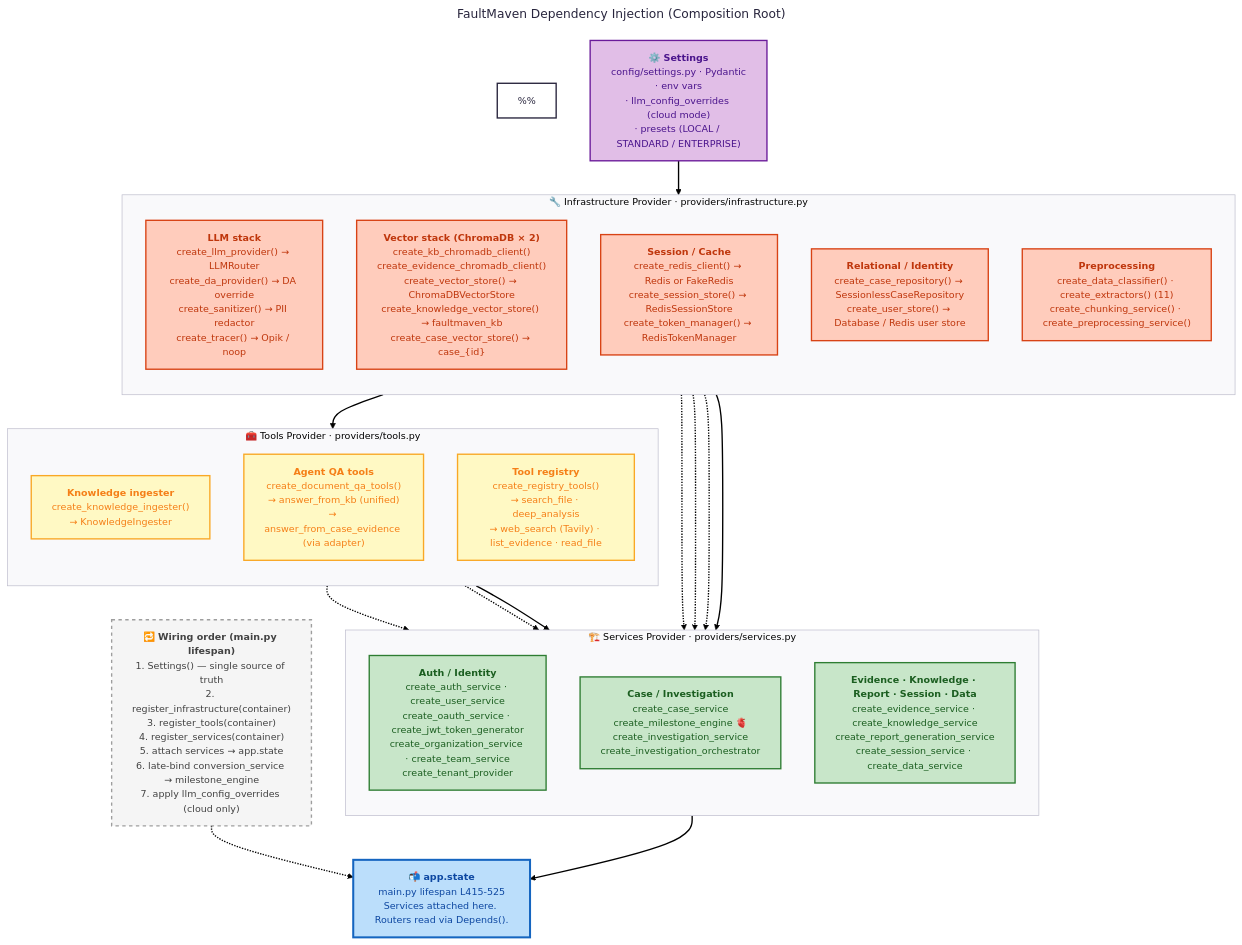
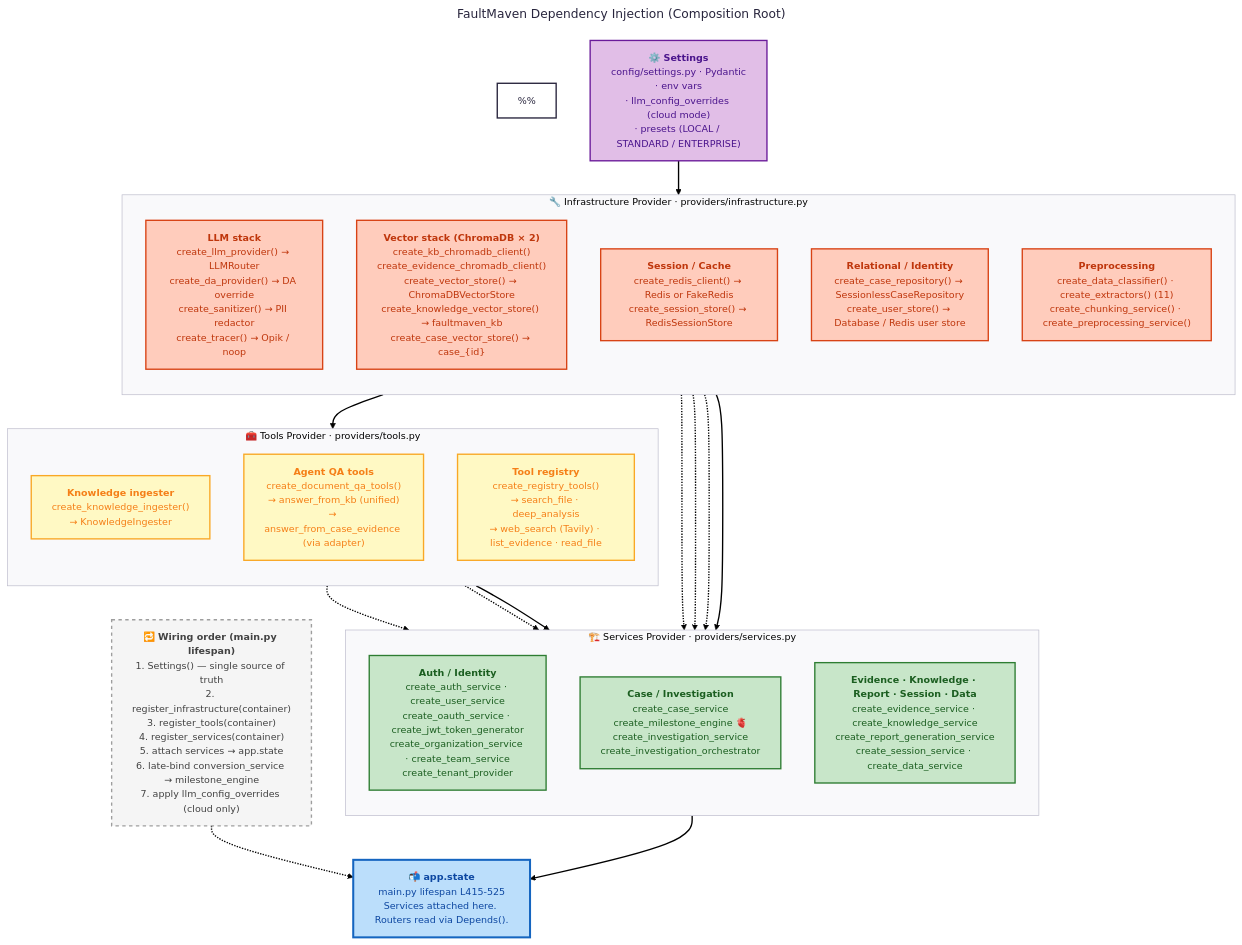
One commit to FaultMaven/faultmaven changed the diagram in docs/architecture/diagrams/DI-diagram.mmd. Above: the diagram before and after it, drawn with Mermaid. The commit also changed 29 other files, not shown here.

```diff
--- a/docs/architecture/diagrams/DI-diagram.mmd
+++ b/docs/architecture/diagrams/DI-diagram.mmd
@@ -1,104 +1,104 @@
 ---
 config:
   theme: redux
   layout: dagre
   look: classic
 title: "FaultMaven Dependency Injection (Composition Root)"
 ---
 flowchart TB
 %% How services get composed from infrastructure at startup.
 %% Sibling primary diagram: system-architecture.mmd
 %%
 %% Sources (file:symbol):
 %%   faultmaven/main.py::lifespan                          (L325-525)
 %%   faultmaven/container/_container_impl.py               (init + register_* wrappers)
 %%   faultmaven/container/providers/infrastructure.py      (infra bindings)
 %%   faultmaven/container/providers/tools.py               (tools bindings)
 %%   faultmaven/container/providers/services.py            (service bindings)
 
     %% ============================================================
     %% TIER 1 — CONFIGURATION (single source of truth)
     %% ============================================================
     Settings["⚙️ <b>Settings</b><br/>config/settings.py · Pydantic<br/>· env vars<br/>· llm_config_overrides (cloud mode)<br/>· presets (LOCAL / STANDARD / ENTERPRISE)"]
 
     %% ============================================================
     %% TIER 2 — INFRASTRUCTURE PROVIDER
     %%   Creates stateless + shared-client primitives.
     %%   No business logic. Never depends on other providers.
     %% ============================================================
     subgraph INFRA["🔧 Infrastructure Provider &middot; providers/infrastructure.py"]
         direction TB
         Infra_LLM["<b>LLM stack</b><br/>create_llm_provider() → LLMRouter<br/>create_da_provider() → DA override<br/>create_sanitizer() → PII redactor<br/>create_tracer() → Opik / noop"]
         Infra_Vec["<b>Vector stack (ChromaDB × 2)</b><br/>create_kb_chromadb_client()<br/>create_evidence_chromadb_client()<br/>create_vector_store() → ChromaDBVectorStore<br/>create_knowledge_vector_store() → faultmaven_kb<br/>create_case_vector_store() → case_{id}"]
-        Infra_Session["<b>Session / Cache</b><br/>create_redis_client() → Redis or FakeRedis<br/>create_session_store() → RedisSessionStore<br/>create_token_manager() → RedisTokenManager"]
+        Infra_Session["<b>Session / Cache</b><br/>create_redis_client() → Redis or FakeRedis<br/>create_session_store() → RedisSessionStore"]
         Infra_Persist["<b>Relational / Identity</b><br/>create_case_repository() → SessionlessCaseRepository<br/>create_user_store() → Database / Redis user store"]
         Infra_Prep["<b>Preprocessing</b><br/>create_data_classifier() · create_extractors() (11)<br/>create_chunking_service() · create_preprocessing_service()"]
     end
 
     %% ============================================================
     %% TIER 3 — TOOLS PROVIDER
     %%   Agent-facing tools. Depends on infrastructure only.
     %% ============================================================
     subgraph TOOLS["🧰 Tools Provider &middot; providers/tools.py"]
         direction TB
         Tools_Ingest["<b>Knowledge ingester</b><br/>create_knowledge_ingester()<br/>→ KnowledgeIngester"]
         Tools_QA["<b>Agent QA tools</b><br/>create_document_qa_tools()<br/>→ answer_from_kb (unified)<br/>→ answer_from_case_evidence (via adapter)"]
         Tools_Registry["<b>Tool registry</b><br/>create_registry_tools()<br/>→ search_file · deep_analysis<br/>→ web_search (Tavily) · list_evidence · read_file"]
     end
 
     %% ============================================================
     %% TIER 4 — SERVICES PROVIDER
     %%   Business logic. Depends on infrastructure + tools.
     %% ============================================================
     subgraph SERVICES["🏗️ Services Provider &middot; providers/services.py"]
         direction TB
         Svc_Auth["<b>Auth / Identity</b><br/>create_auth_service · create_user_service<br/>create_oauth_service · create_jwt_token_generator<br/>create_organization_service · create_team_service<br/>create_tenant_provider"]
         Svc_Case["<b>Case / Investigation</b><br/>create_case_service<br/>create_milestone_engine 🫀<br/>create_investigation_service<br/>create_investigation_orchestrator"]
         Svc_Other["<b>Evidence · Knowledge · Report · Session · Data</b><br/>create_evidence_service · create_knowledge_service<br/>create_report_generation_service<br/>create_session_service · create_data_service"]
     end
 
     %% ============================================================
     %% TIER 5 — APP.STATE
     %%   Where routers discover services via Depends().
     %% ============================================================
     AppState["📬 <b>app.state</b><br/>main.py lifespan L415-525<br/>Services attached here. Routers read via Depends()."]
 
     %% ============================================================
     %% SIDE PANEL — WIRING ORDER (executed at startup)
     %% ============================================================
     Order["🔁 <b>Wiring order (main.py lifespan)</b><br/>1. Settings() — single source of truth<br/>2. register_infrastructure(container)<br/>3. register_tools(container)<br/>4. register_services(container)<br/>5. attach services → app.state<br/>6. late-bind conversion_service → milestone_engine<br/>7. apply llm_config_overrides (cloud only)"]
 
     %% ============================================================
     %% EDGES (high-signal flows only)
     %% ============================================================
     Settings --> INFRA
     INFRA --> TOOLS
     INFRA --> SERVICES
     TOOLS --> SERVICES
     SERVICES --> AppState
 
     %% Zoom-in edges to highlight the milestone engine's dependencies:
     Infra_LLM -.-> Svc_Case
     Infra_Persist -.-> Svc_Case
     Infra_Vec -.-> Svc_Case
     Tools_QA -.-> Svc_Case
     Tools_Registry -.-> Svc_Case
 
     Order -.-> AppState
 
     %% ============================================================
     %% STYLING
     %% ============================================================
     classDef settings fill:#e1bee7,stroke:#6a1b9a,stroke-width:2px,color:#4a148c
     classDef infra fill:#ffccbc,stroke:#d84315,color:#bf360c
     classDef tools fill:#fff9c4,stroke:#f9a825,color:#f57f17
     classDef services fill:#c8e6c9,stroke:#2e7d32,color:#1b5e20
     classDef state fill:#bbdefb,stroke:#1565c0,stroke-width:3px,color:#0d47a1
     classDef note fill:#f5f5f5,stroke:#9e9e9e,stroke-dasharray: 5 5,color:#424242
 
     class Settings settings
     class Infra_LLM,Infra_Vec,Infra_Session,Infra_Persist,Infra_Prep infra
     class Tools_Ingest,Tools_QA,Tools_Registry tools
     class Svc_Auth,Svc_Case,Svc_Other services
     class AppState state
     class Order note
```
